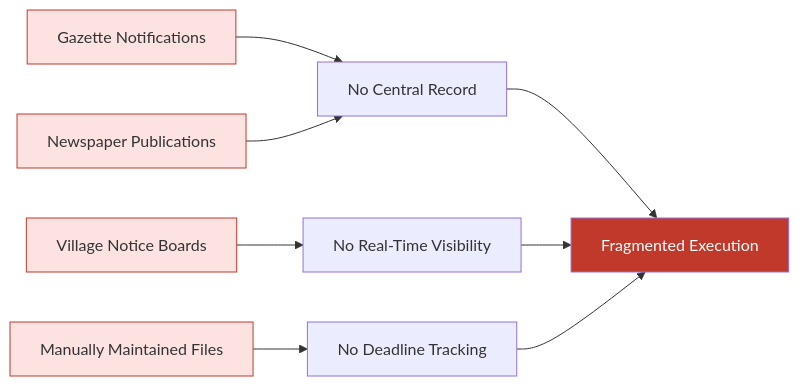
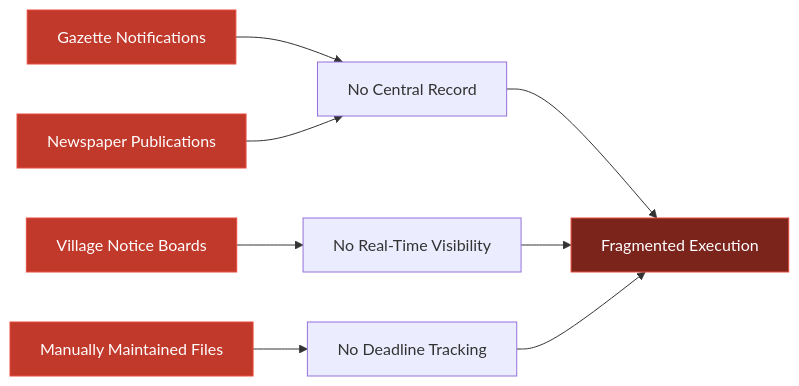
The first of 4 diagrams in README.md (Khatribhavesh05/SIH-ADHIKAR), drawn with Mermaid before and after one commit.

Commit message:
Refactor diagram styles in README.md
Updated styles for diagram elements in README.

````diff
--- a/README.md
+++ b/README.md
@@ -32,16 +32,16 @@
 ```mermaid
 flowchart LR
     A[Gazette Notifications] --> E[No Central Record]
     B[Newspaper Publications] --> E
     C[Village Notice Boards] --> F[No Real-Time Visibility]
     D[Manually Maintained Files] --> G[No Deadline Tracking]
     E --> H[Fragmented Execution]
     F --> H
     G --> H
 
-    style A fill:#fde2e2,stroke:#c0392b
-    style B fill:#fde2e2,stroke:#c0392b
-    style C fill:#fde2e2,stroke:#c0392b
-    style D fill:#fde2e2,stroke:#c0392b
-    style H fill:#c0392b,color:#fff
+    style A fill:#c0392b,color:#fff,stroke:#e74c3c
+    style B fill:#c0392b,color:#fff,stroke:#e74c3c
+    style C fill:#c0392b,color:#fff,stroke:#e74c3c
+    style D fill:#c0392b,color:#fff,stroke:#e74c3c
+    style H fill:#7b241c,color:#fff,stroke:#e74c3c
 ```
````
